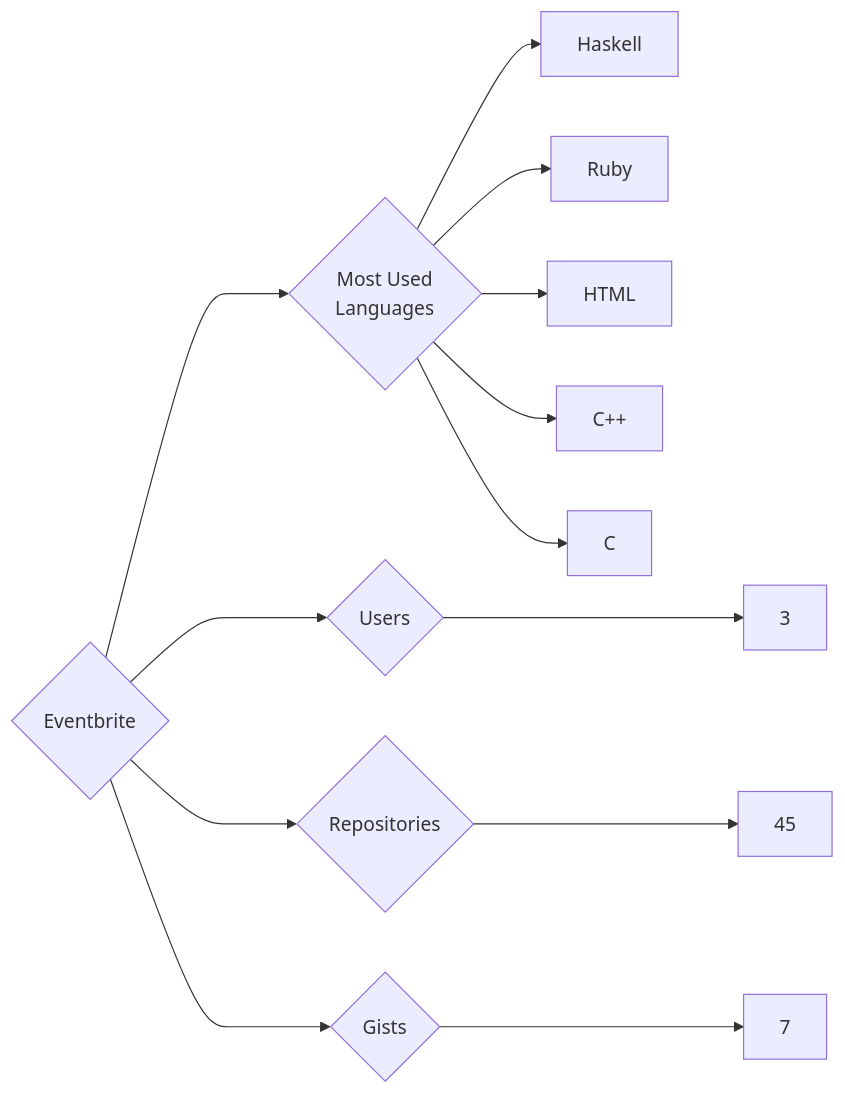
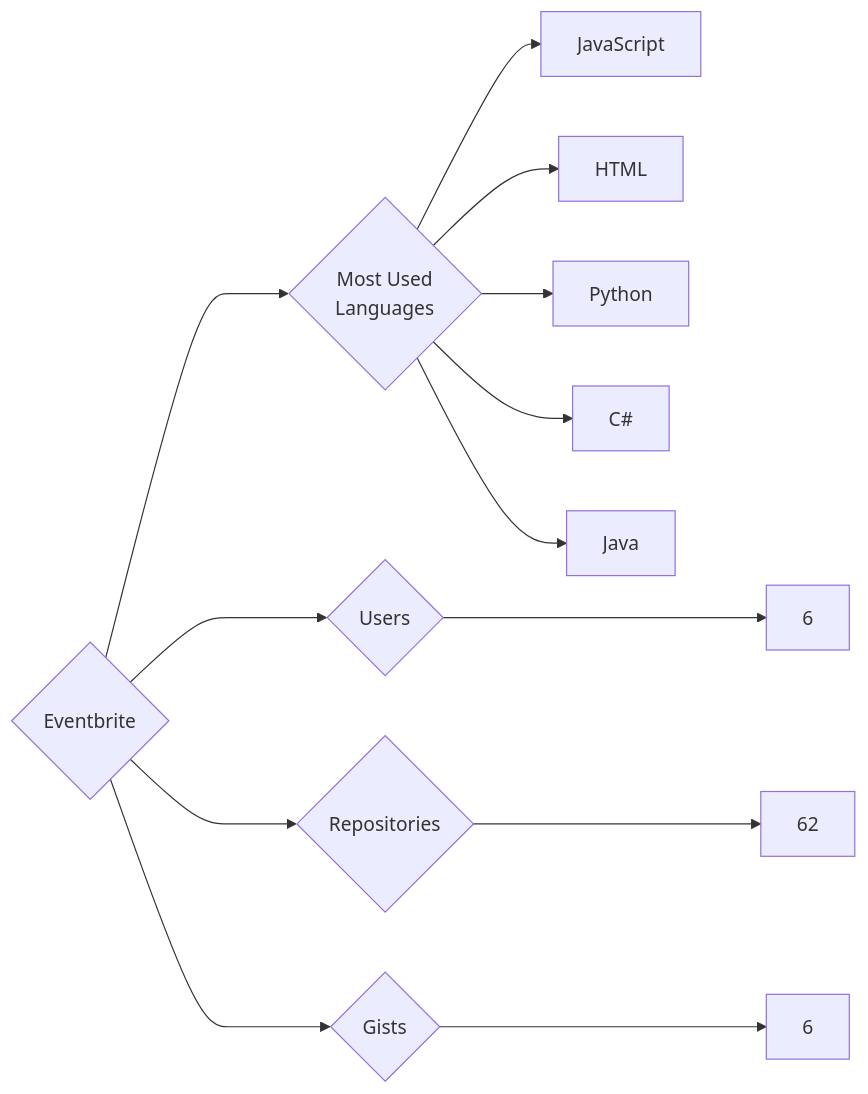
Before and after one commit to trickest/insiders: the diagram in targets/Eventbrite/README.md, drawn with Mermaid. The commit also changed 1141 other files, not shown here.

````diff
--- a/targets/Eventbrite/README.md
+++ b/targets/Eventbrite/README.md
@@ -3,13 +3,13 @@
 ```mermaid
 graph LR
 COMPANY_NAME{Eventbrite}
-COMPANY_NAME ---> U{Users} ---> UN[3]
-COMPANY_NAME ---> R{Repositories} ---> RN[45]
-COMPANY_NAME ---> G{Gists} ---> GN[7]
+COMPANY_NAME ---> U{Users} ---> UN[6]
+COMPANY_NAME ---> R{Repositories} ---> RN[62]
+COMPANY_NAME ---> G{Gists} ---> GN[6]
 COMPANY_NAME ---> ML{Most Used<br>Languages}
-ML --> Haskell[Haskell]
-ML --> Ruby[Ruby]
+ML --> JavaScript[JavaScript]
 ML --> HTML[HTML]
-ML --> C++[C++]
-ML --> C[C]
+ML --> Python[Python]
+ML --> C#[C#]
+ML --> Java[Java]
 ```
````
